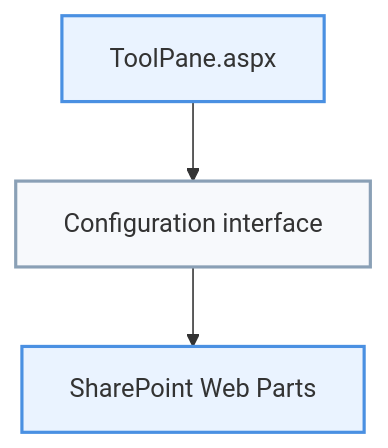
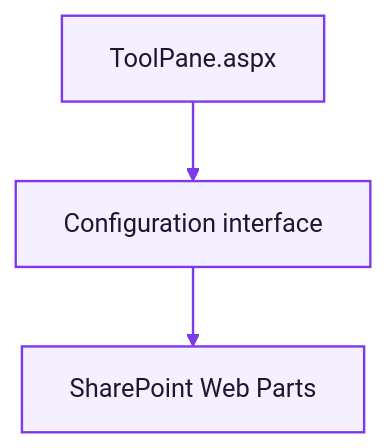
Before and after one commit to Yasserkdr1/Soc-Investigation-Writeups: the first of 6 diagrams in writeups/SOC342-sharepoint-toolshell-rce/README.md, drawn with Mermaid. The commit also changed other lines of this file, not shown here.

````diff
--- a/writeups/SOC342-sharepoint-toolshell-rce/README.md
+++ b/writeups/SOC342-sharepoint-toolshell-rce/README.md
@@ -85,9 +74,8 @@
 ```mermaid
 flowchart TD
     A["ToolPane.aspx"] --> B["Configuration interface"]
     B --> C["SharePoint Web Parts"]
 
-    style A fill:#eaf3ff,stroke:#4a90e2,stroke-width:2px
-    style B fill:#f7f9fc,stroke:#8aa0b6,stroke-width:2px
-    style C fill:#eaf3ff,stroke:#4a90e2,stroke-width:2px
+    classDef default fill:#f5f0ff,stroke:#7c3aed,color:#1f1633,stroke-width:1.5px;
+    linkStyle default stroke:#7c3aed,stroke-width:1.5px;
 ```
````
